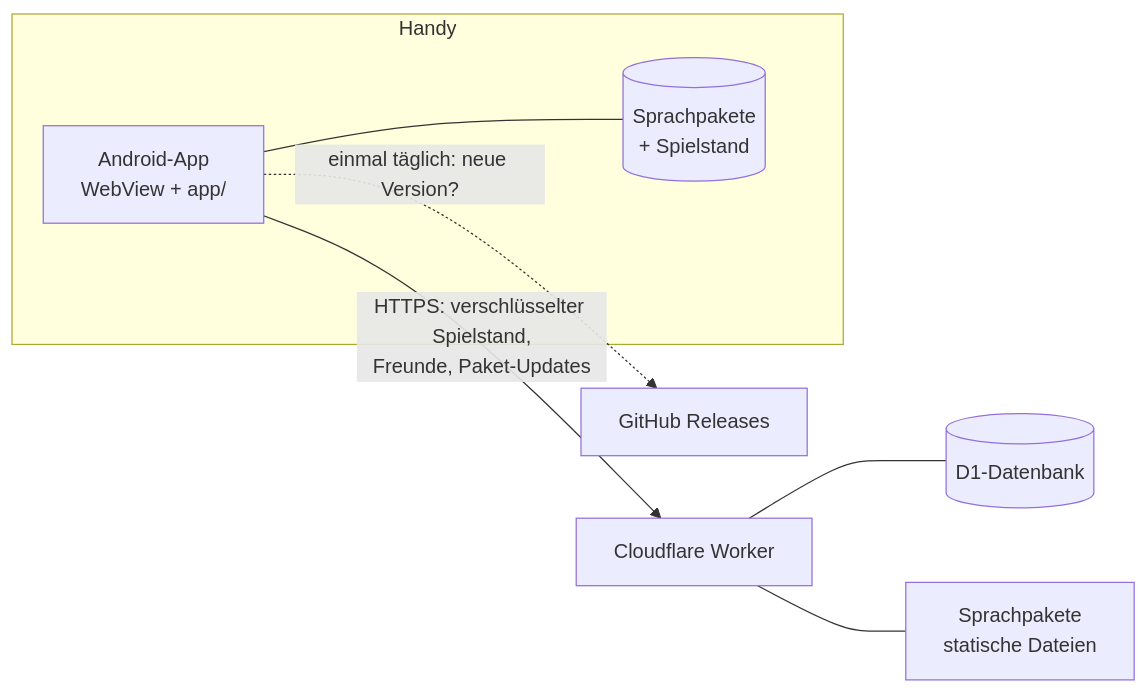
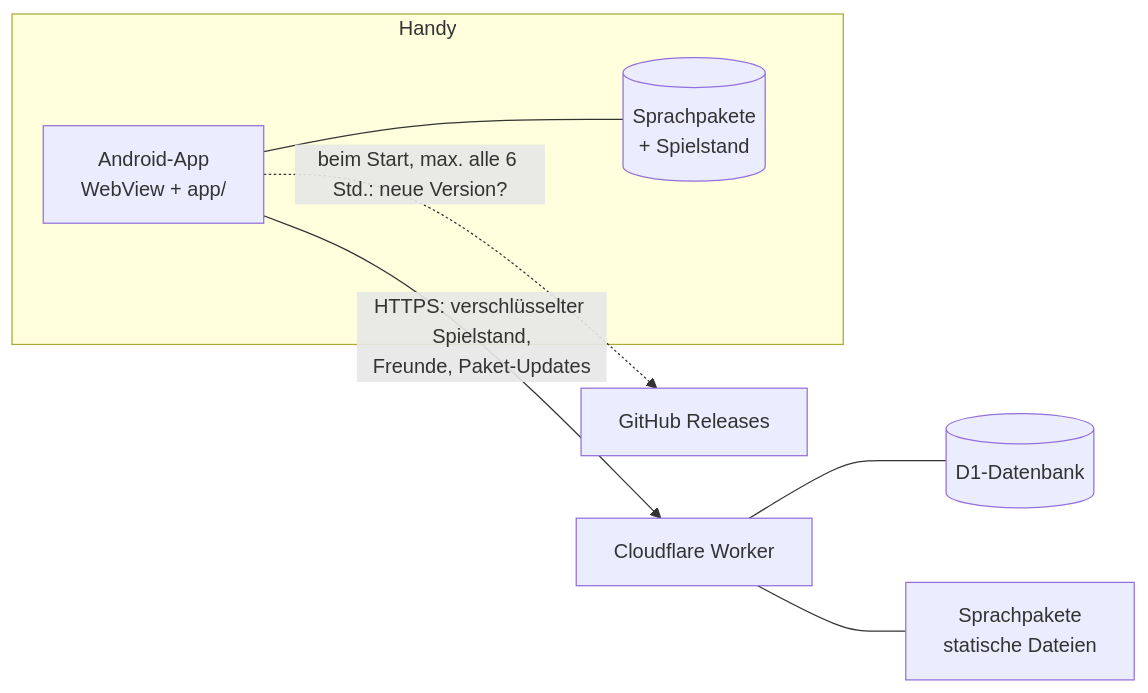
Before and after one commit to geonerd97/OpenSprachFuchs: the diagram in README.md, drawn with Mermaid. The commit also changed 7 other files, not shown here.

````diff
--- a/README.md
+++ b/README.md
@@ -50,10 +50,10 @@
 ```mermaid
 flowchart LR
   subgraph Handy
     A[Android-App<br>WebView + app/] --- P[(Sprachpakete<br>+ Spielstand)]
   end
   A -- "HTTPS: verschlüsselter Spielstand,<br>Freunde, Paket-Updates" --> W[Cloudflare Worker]
   W --- D[(D1-Datenbank)]
   W --- S[Sprachpakete<br>statische Dateien]
-  A -. "einmal täglich: neue Version?" .-> G[GitHub Releases]
+  A -. "beim Start, max. alle 6 Std.: neue Version?" .-> G[GitHub Releases]
 ```
````
